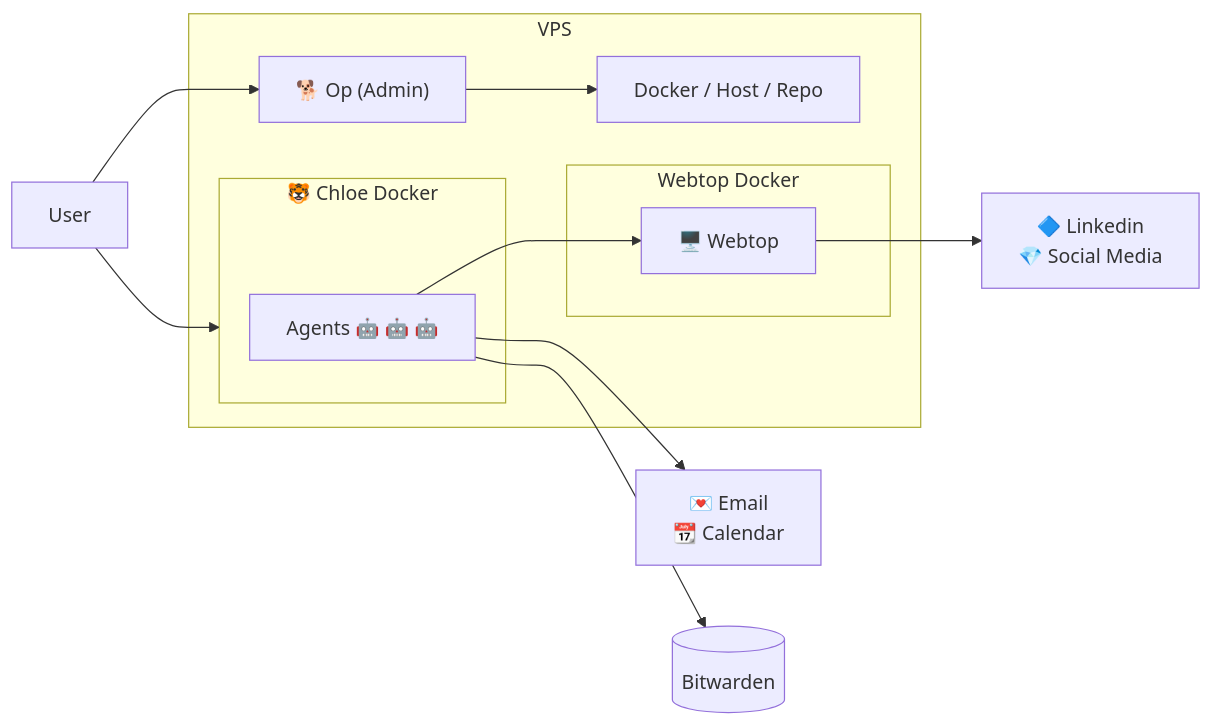
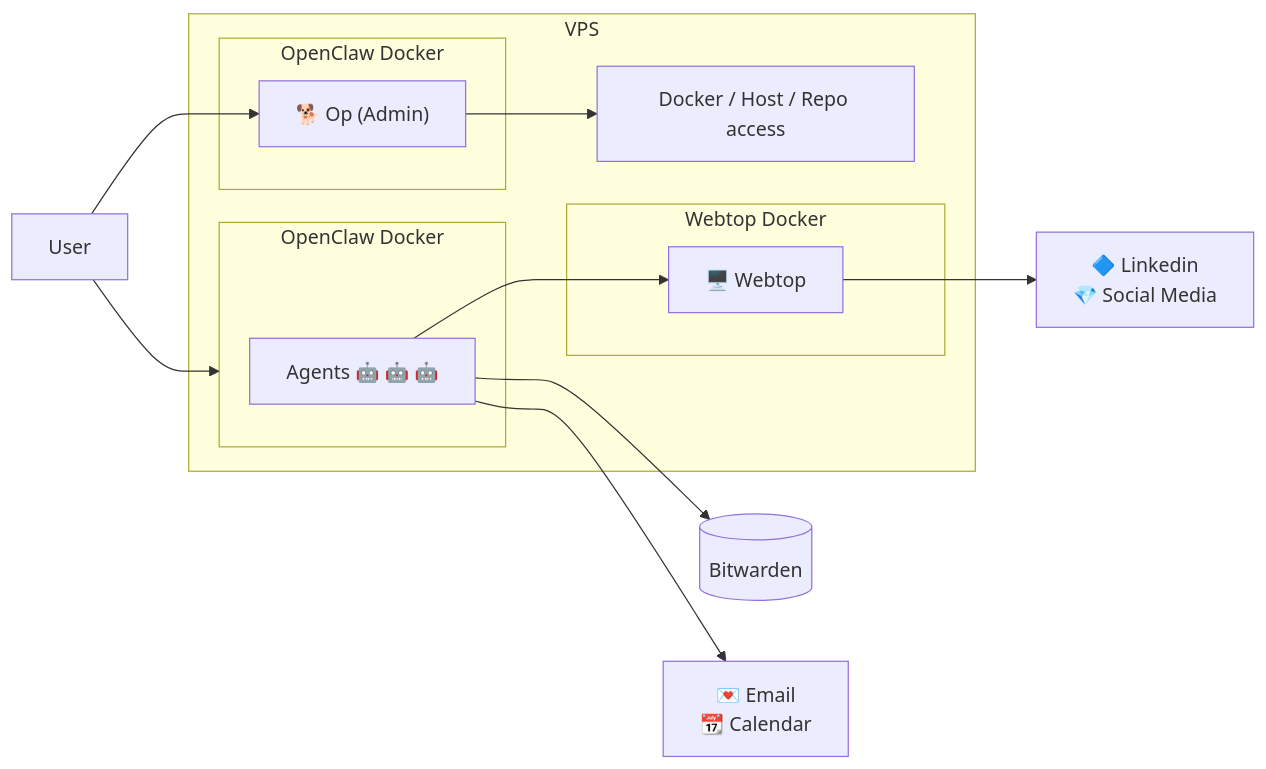
One commit to mere/openclaw-stack changed the diagram in README.md. Above: the diagram before and after it, drawn with Mermaid. The commit also changed other lines of this file and 5 other files, not shown here.

````diff
--- a/README.md
+++ b/README.md
@@ -176,24 +176,28 @@
 ```mermaid
 flowchart LR
   U[User]
   BW[(Bitwarden)]
   subgraph VPS["VPS"]
-  subgraph Docker[Webtop Docker]
-    B["🖥️  Webtop"]
-  end
-    subgraph Chloe["🐯 Chloe Docker"]
+ 
+    subgraph Chloe["OpenClaw Docker"]
       A[Agents 🤖 🤖 🤖]
     end
-    Op["🐕 Op (Admin)"]
-    D[Docker / Host / Repo]
+    subgraph OPD["OpenClaw Docker"]
+      Op["🐕 Op (Admin)"]
+    end
+    
+    subgraph Docker[Webtop Docker]
+      B["🖥️  Webtop"]
+    end
+    D[Docker / Host / Repo access]
   end
-  
 
   U --> Chloe
+  Op --> D
+  A --> B
+  A --> BW
+  A --> E[💌 Email<br />📆 Calendar]
   U --> Op
-  A --> B
-  A --> E[💌 Email<br />📆 Calendar]
-  A --> BW
-  Op --> D
   B --> S[🔷 Linkedin<br /> 💎 Social Media]
+  
 ```
````
